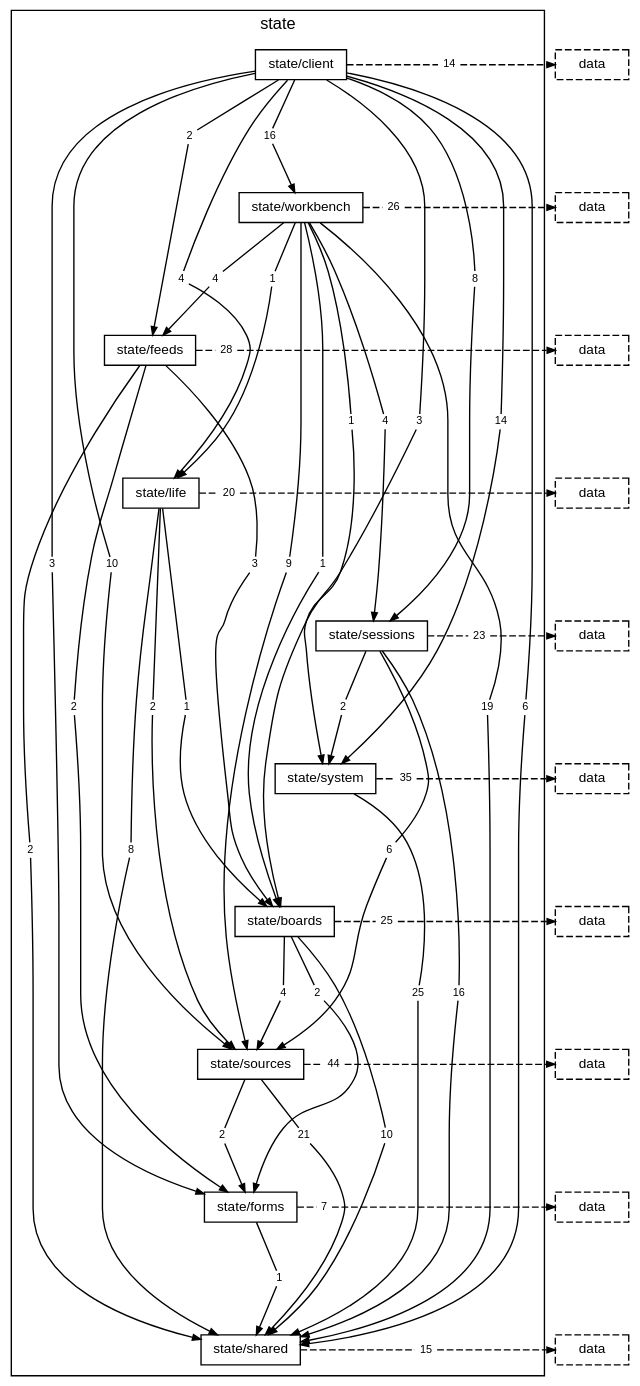
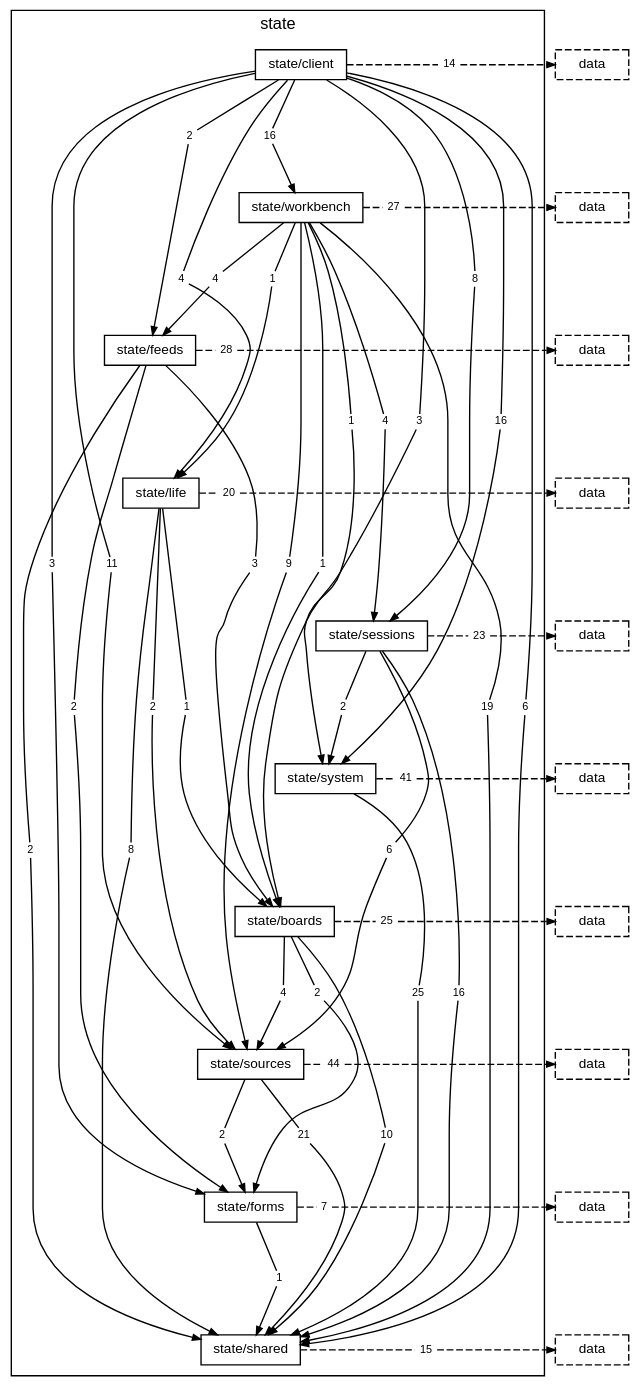
Before and after one commit to TheAxeC/oculus: the diagram in docs/diagrams/layer-state.dot, drawn with Graphviz. The commit also changed 124 other files, not shown here.

```diff
--- a/docs/diagrams/layer-state.dot
+++ b/docs/diagrams/layer-state.dot
@@ -20,8 +20,8 @@
         "folder state/client to folder state/life" [label="4", shape=box, color="transparent", fontsize=8, width=0, height=0, margin="0.04,0.02"];
         "folder state/client to folder state/sessions" [label="8", shape=box, color="transparent", fontsize=8, width=0, height=0, margin="0.04,0.02"];
         "folder state/client to folder state/shared" [label="6", shape=box, color="transparent", fontsize=8, width=0, height=0, margin="0.04,0.02"];
-        "folder state/client to folder state/sources" [label="10", shape=box, color="transparent", fontsize=8, width=0, height=0, margin="0.04,0.02"];
-        "folder state/client to folder state/system" [label="14", shape=box, color="transparent", fontsize=8, width=0, height=0, margin="0.04,0.02"];
+        "folder state/client to folder state/sources" [label="11", shape=box, color="transparent", fontsize=8, width=0, height=0, margin="0.04,0.02"];
+        "folder state/client to folder state/system" [label="16", shape=box, color="transparent", fontsize=8, width=0, height=0, margin="0.04,0.02"];
         "folder state/client to folder state/workbench" [label="16", shape=box, color="transparent", fontsize=8, width=0, height=0, margin="0.04,0.02"];
         "folder state/client to layer data" [label="14", shape=box, color="transparent", fontsize=8, width=0, height=0, margin="0.04,0.02"];
         "folder state/workbench to folder state/boards" [label="1", shape=box, color="transparent", fontsize=8, width=0, height=0, margin="0.04,0.02"];
@@ -31,7 +31,7 @@
         "folder state/workbench to folder state/shared" [label="19", shape=box, color="transparent", fontsize=8, width=0, height=0, margin="0.04,0.02"];
         "folder state/workbench to folder state/sources" [label="9", shape=box, color="transparent", fontsize=8, width=0, height=0, margin="0.04,0.02"];
         "folder state/workbench to folder state/system" [label="1", shape=box, color="transparent", fontsize=8, width=0, height=0, margin="0.04,0.02"];
-        "folder state/workbench to layer data" [label="26", shape=box, color="transparent", fontsize=8, width=0, height=0, margin="0.04,0.02"];
+        "folder state/workbench to layer data" [label="27", shape=box, color="transparent", fontsize=8, width=0, height=0, margin="0.04,0.02"];
         "folder state/feeds to folder state/boards" [label="3", shape=box, color="transparent", fontsize=8, width=0, height=0, margin="0.04,0.02"];
         "folder state/feeds to folder state/forms" [label="2", shape=box, color="transparent", fontsize=8, width=0, height=0, margin="0.04,0.02"];
         "folder state/feeds to folder state/shared" [label="2", shape=box, color="transparent", fontsize=8, width=0, height=0, margin="0.04,0.02"];
@@ -45,7 +45,7 @@
         "folder state/sessions to folder state/system" [label="2", shape=box, color="transparent", fontsize=8, width=0, height=0, margin="0.04,0.02"];
         "folder state/sessions to layer data" [label="23", shape=box, color="transparent", fontsize=8, width=0, height=0, margin="0.04,0.02"];
         "folder state/system to folder state/shared" [label="25", shape=box, color="transparent", fontsize=8, width=0, height=0, margin="0.04,0.02"];
-        "folder state/system to layer data" [label="35", shape=box, color="transparent", fontsize=8, width=0, height=0, margin="0.04,0.02"];
+        "folder state/system to layer data" [label="41", shape=box, color="transparent", fontsize=8, width=0, height=0, margin="0.04,0.02"];
         "folder state/boards to folder state/forms" [label="2", shape=box, color="transparent", fontsize=8, width=0, height=0, margin="0.04,0.02"];
         "folder state/boards to folder state/shared" [label="10", shape=box, color="transparent", fontsize=8, width=0, height=0, margin="0.04,0.02"];
         "folder state/boards to folder state/sources" [label="4", shape=box, color="transparent", fontsize=8, width=0, height=0, margin="0.04,0.02"];
```
